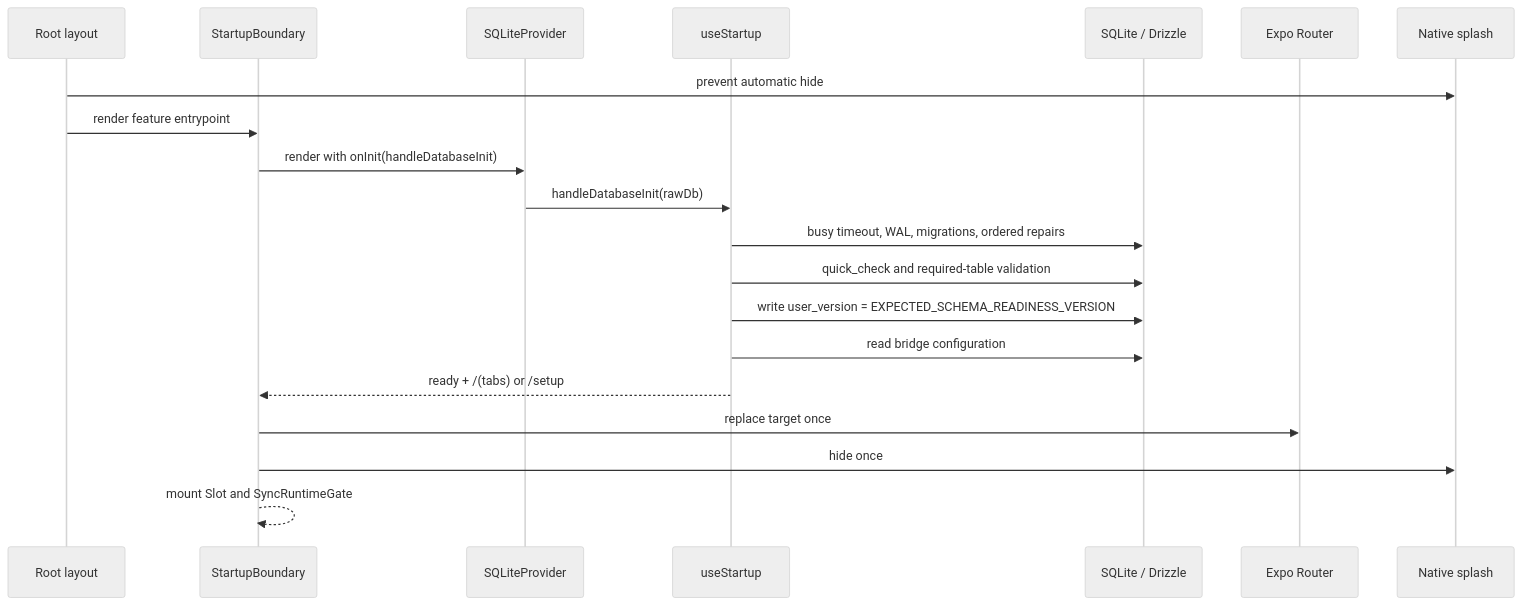
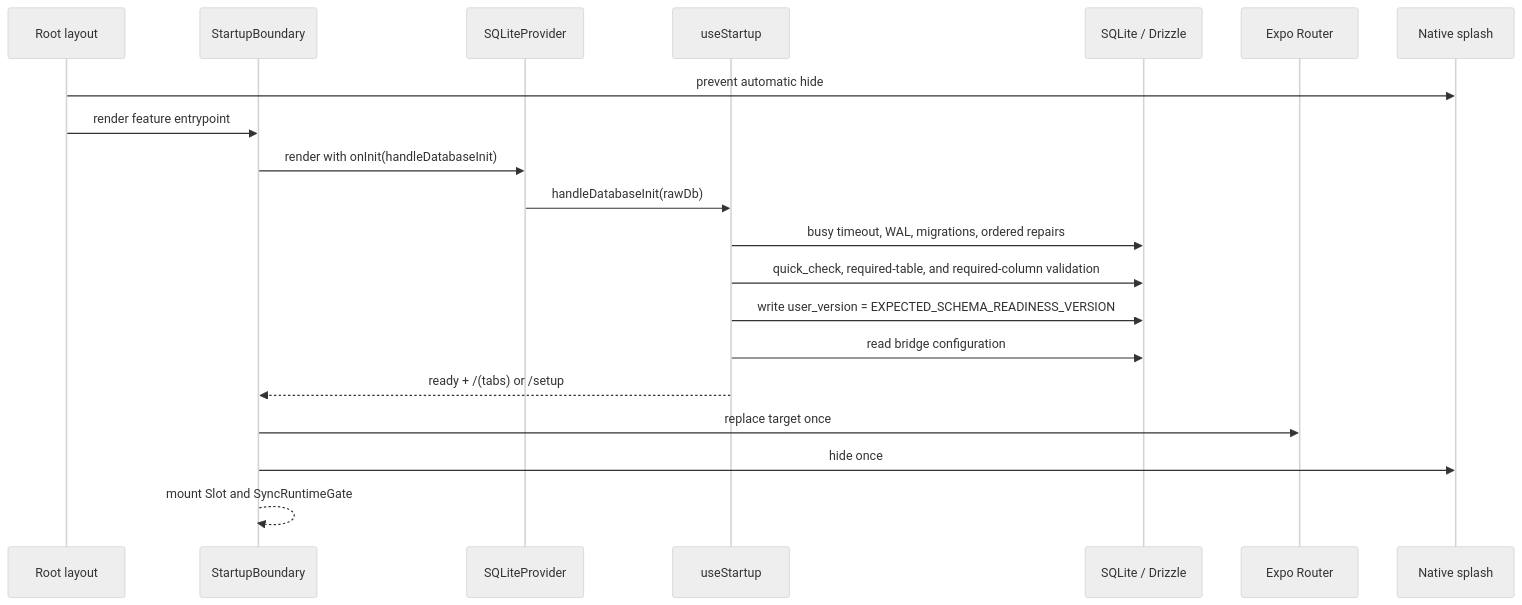
The second of 5 diagrams in ARCHITECTURE.md (Disble/autoreas-mobile), drawn with Mermaid (neutral theme) before and after one commit. The commit also changed other lines of this file and 39 other files, not shown here.

````diff
--- a/ARCHITECTURE.md
+++ b/ARCHITECTURE.md
@@ -172,23 +172,23 @@
 ```mermaid
 sequenceDiagram
   participant L as Root layout
   participant B as StartupBoundary
   participant P as SQLiteProvider
   participant S as useStartup
   participant D as SQLite / Drizzle
   participant R as Expo Router
   participant N as Native splash
 
   L->>N: prevent automatic hide
   L->>B: render feature entrypoint
   B->>P: render with onInit(handleDatabaseInit)
   P->>S: handleDatabaseInit(rawDb)
   S->>D: busy timeout, WAL, migrations, ordered repairs
-  S->>D: quick_check and required-table validation
+  S->>D: quick_check, required-table, and required-column validation
   S->>D: write user_version = EXPECTED_SCHEMA_READINESS_VERSION
   S->>D: read bridge configuration
   S-->>B: ready + /(tabs) or /setup
   B->>R: replace target once
   B->>N: hide once
   B-->>B: mount Slot and SyncRuntimeGate
 ```
````
